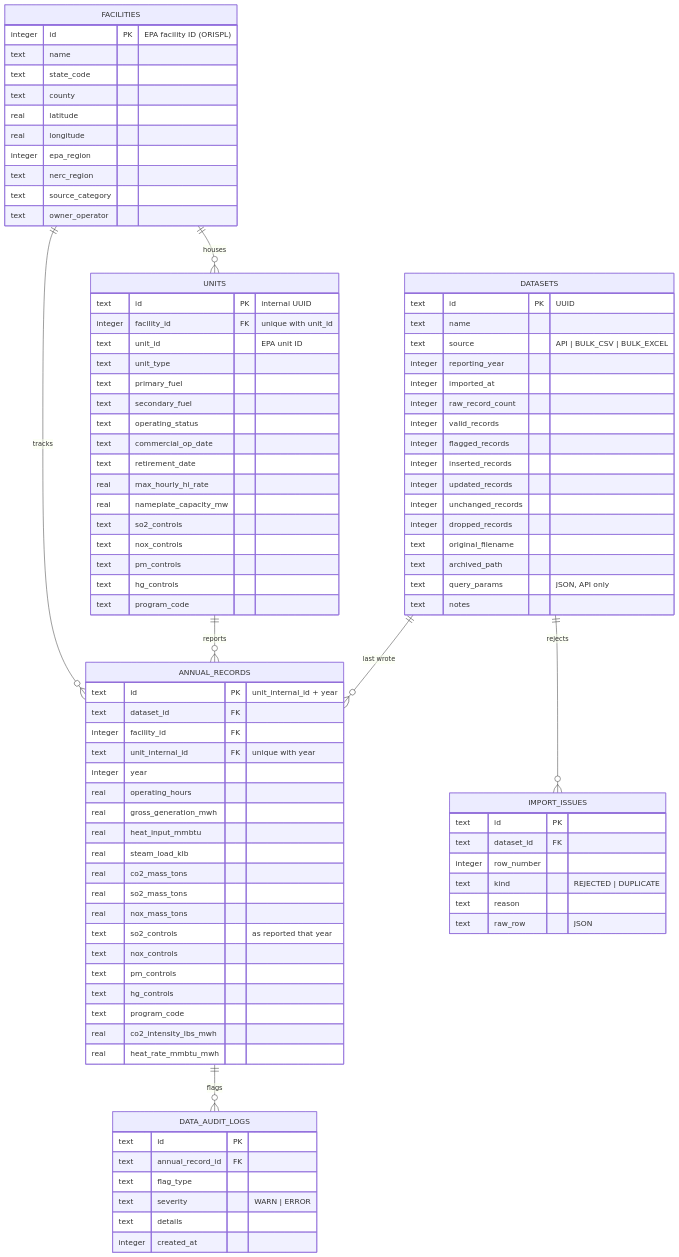
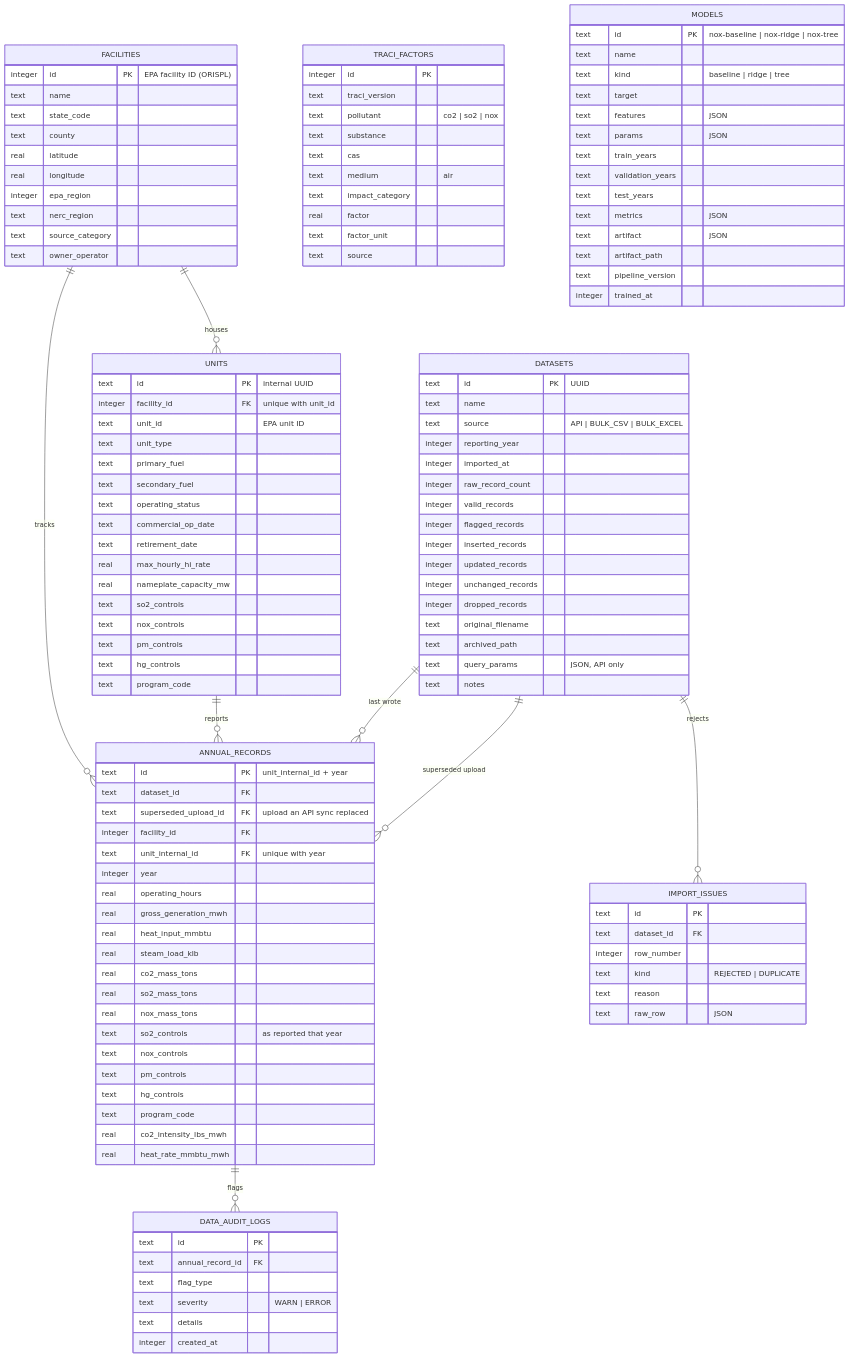
Before and after one commit to raajbanga/cs396-project: the second of 2 diagrams in README.md, drawn with Mermaid. The commit also changed other lines of this file and 38 other files, not shown here.

````diff
--- a/README.md
+++ b/README.md
@@ -326,6 +327,7 @@
     DATASETS ||--o{ ANNUAL_RECORDS : "last wrote"
     ANNUAL_RECORDS ||--o{ DATA_AUDIT_LOGS : "flags"
     DATASETS ||--o{ IMPORT_ISSUES : "rejects"
+    DATASETS ||--o{ ANNUAL_RECORDS : "superseded upload"
 
     FACILITIES {
         integer id PK "EPA facility ID (ORISPL)"
@@ -381,6 +383,7 @@
     ANNUAL_RECORDS {
         text id PK "unit_internal_id + year"
         text dataset_id FK
+        text superseded_upload_id FK "upload an API sync replaced"
         integer facility_id FK
         text unit_internal_id FK "unique with year"
         integer year
@@ -417,4 +420,34 @@
         text details
         integer created_at
     }
+
+    TRACI_FACTORS {
+        integer id PK
+        text traci_version
+        text pollutant "co2 | so2 | nox"
+        text substance
+        text cas
+        text medium "air"
+        text impact_category
+        real factor
+        text factor_unit
+        text source
+    }
+
+    MODELS {
+        text id PK "nox-baseline | nox-ridge | nox-tree"
+        text name
+        text kind "baseline | ridge | tree"
+        text target
+        text features "JSON"
+        text params "JSON"
+        text train_years
+        text validation_years
+        text test_years
+        text metrics "JSON"
+        text artifact "JSON"
+        text artifact_path
+        text pipeline_version
+        integer trained_at
+    }
 ```
````
